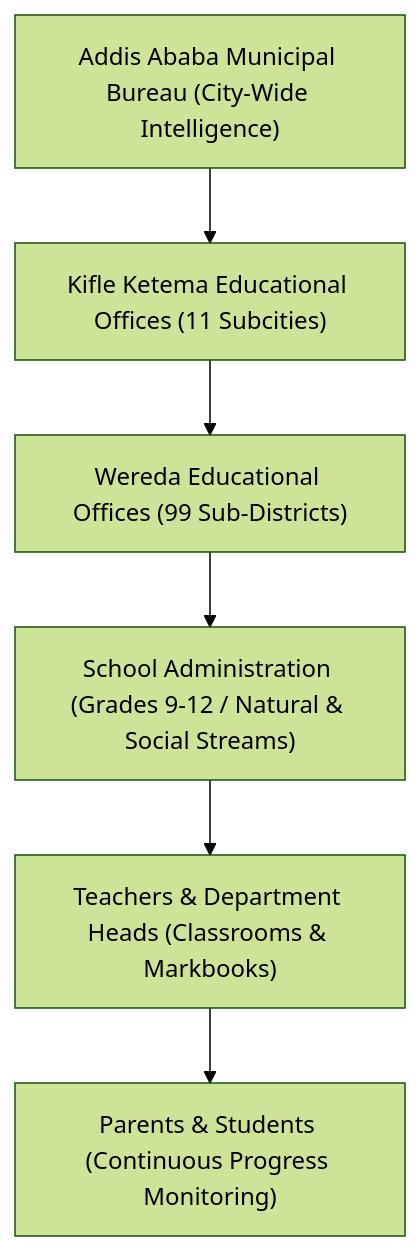
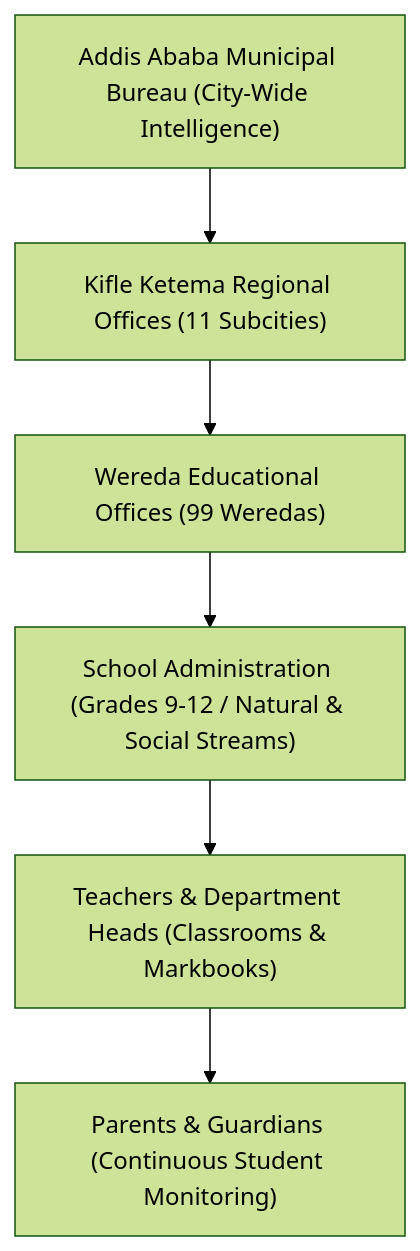
One commit to mulugetabernabas33-source/LIQ changed the first of 2 diagrams in README.md. Above: the diagram before and after it, drawn with Mermaid (forest theme). The commit also changed other lines of this file, not shown here.

````diff
--- a/README.md
+++ b/README.md
@@ -102,15 +110,15 @@
 ```mermaid
 graph TD
     AA["Addis Ababa Municipal Bureau (City-Wide Intelligence)"]
-    KK["Kifle Ketema Educational Offices (11 Subcities)"]
-    WR["Wereda Educational Offices (99 Sub-Districts)"]
+    KK["Kifle Ketema Regional Offices (11 Subcities)"]
+    WR["Wereda Educational Offices (99 Weredas)"]
     SC["School Administration (Grades 9-12 / Natural & Social Streams)"]
     TC["Teachers & Department Heads (Classrooms & Markbooks)"]
-    PR["Parents & Students (Continuous Progress Monitoring)"]
+    PR["Parents & Guardians (Continuous Student Monitoring)"]
 
     AA --> KK
     KK --> WR
     WR --> SC
     SC --> TC
     TC --> PR
 ```
````
